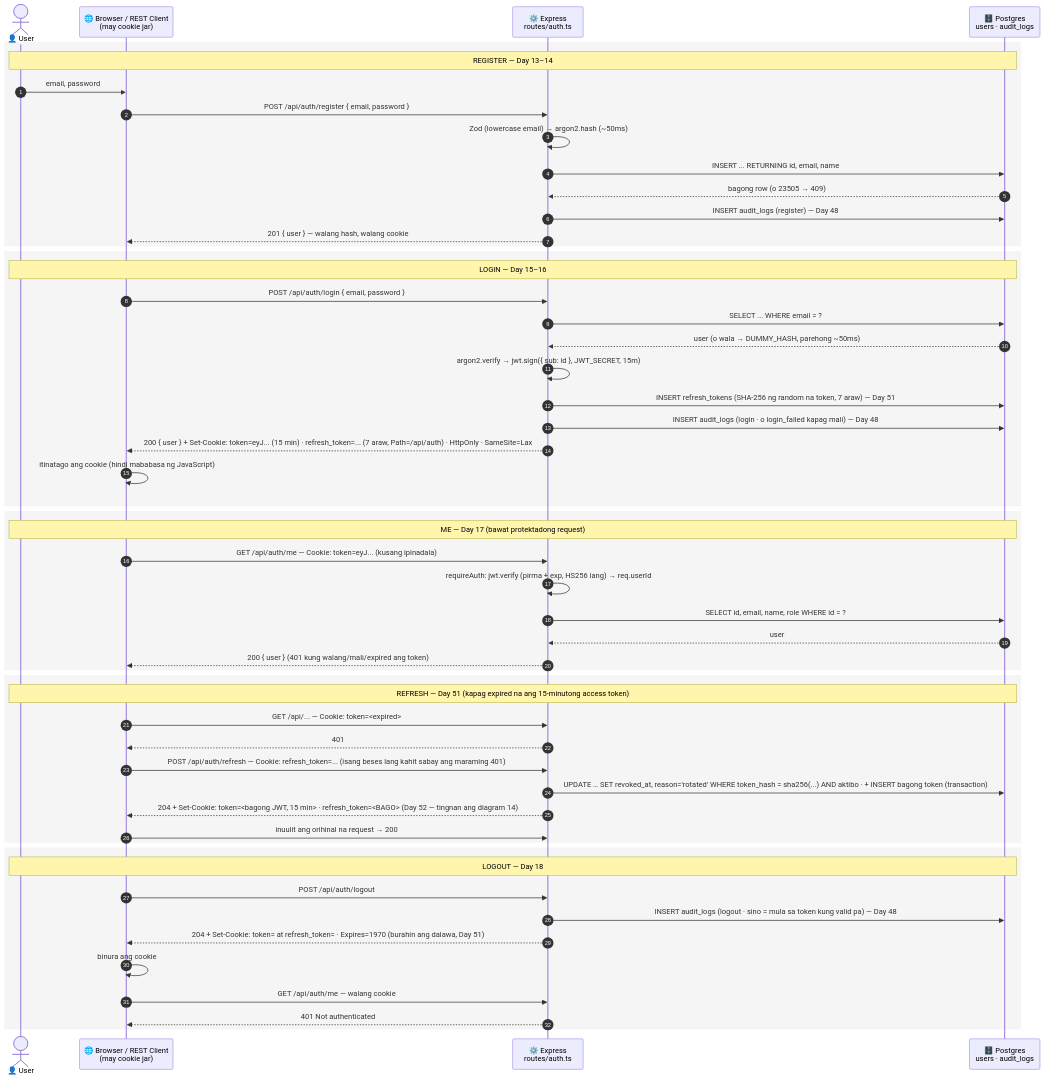
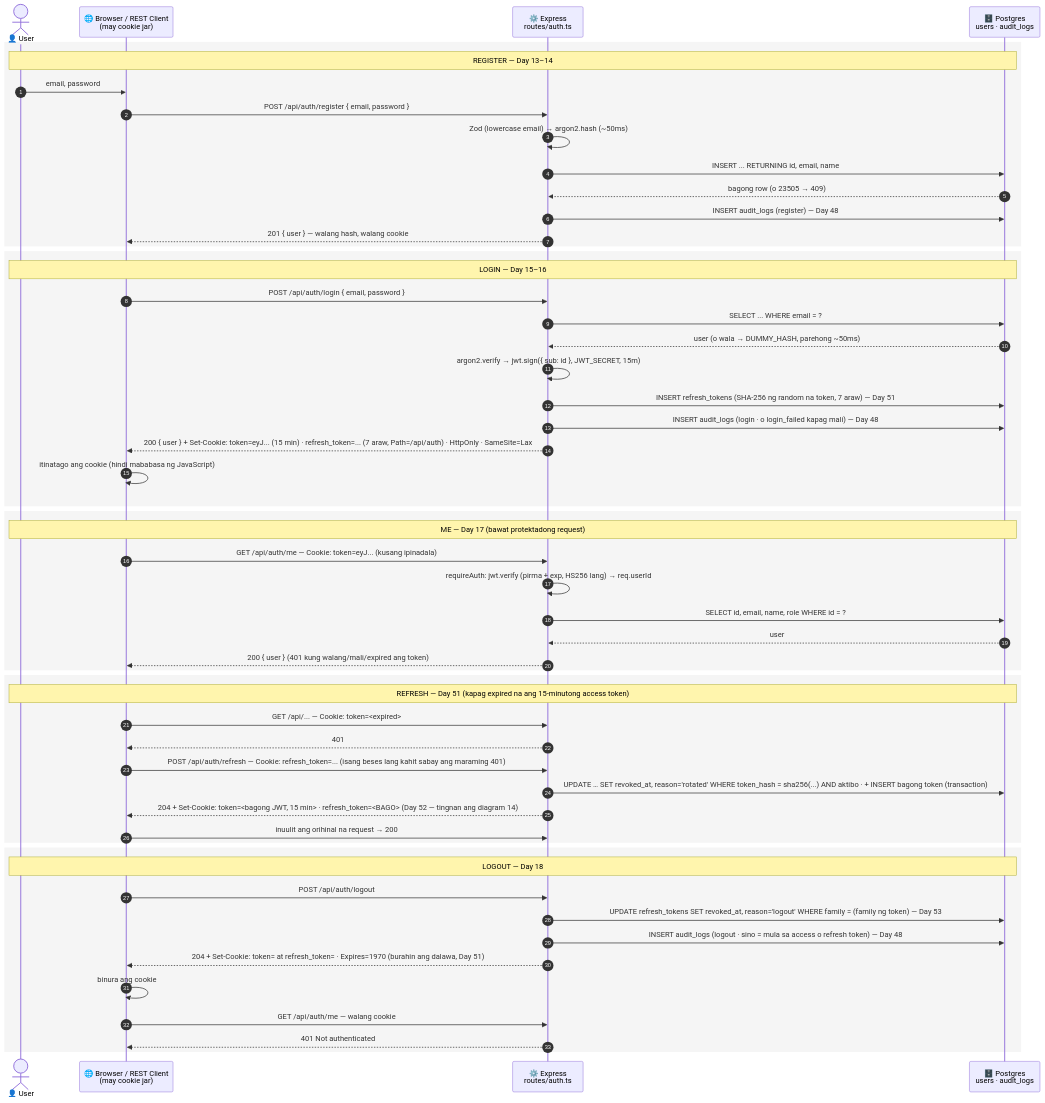
The diagram in docs/diagrams/06-auth-sequence.md (nelson1869-ai/auth-learning), drawn with Mermaid before and after one commit. The commit also changed other lines of this file and 8 other files, not shown here.

First line of the commit message:
feat: real logout — revoke the refresh token in the database (Day 53)

````diff
--- a/docs/diagrams/06-auth-sequence.md
+++ b/docs/diagrams/06-auth-sequence.md
@@ -12,60 +12,61 @@
 ```mermaid
 sequenceDiagram
     autonumber
     actor U as 👤 User
     participant B as 🌐 Browser / REST Client<br/>(may cookie jar)
     participant S as ⚙️ Express<br/>routes/auth.ts
     participant D as 🗄️ Postgres<br/>users · audit_logs
 
     rect rgba(128,128,128,0.08)
     Note over U,D: REGISTER — Day 13–14
     U->>B: email, password
     B->>S: POST /api/auth/register { email, password }
     S->>S: Zod (lowercase email) → argon2.hash (~50ms)
     S->>D: INSERT ... RETURNING id, email, name
     D-->>S: bagong row (o 23505 → 409)
     S->>D: INSERT audit_logs (register) — Day 48
     S-->>B: 201 { user } — walang hash, walang cookie
     end
 
     rect rgba(128,128,128,0.08)
     Note over U,D: LOGIN — Day 15–16
     B->>S: POST /api/auth/login { email, password }
     S->>D: SELECT ... WHERE email = ?
     D-->>S: user (o wala → DUMMY_HASH, parehong ~50ms)
     S->>S: argon2.verify → jwt.sign({ sub: id }, JWT_SECRET, 15m)
     S->>D: INSERT refresh_tokens (SHA-256 ng random na token, 7 araw) — Day 51
     S->>D: INSERT audit_logs (login · o login_failed kapag mali) — Day 48
     S-->>B: 200 { user } + Set-Cookie: token=eyJ... (15 min) · refresh_token=... (7 araw, Path=/api/auth) · HttpOnly · SameSite=Lax
     B->>B: itinatago ang cookie (hindi mababasa ng JavaScript)
     end
 
     rect rgba(128,128,128,0.08)
     Note over U,D: ME — Day 17 (bawat protektadong request)
     B->>S: GET /api/auth/me — Cookie: token=eyJ... (kusang ipinadala)
     S->>S: requireAuth: jwt.verify (pirma + exp, HS256 lang) → req.userId
     S->>D: SELECT id, email, name, role WHERE id = ?
     D-->>S: user
     S-->>B: 200 { user } (401 kung walang/mali/expired ang token)
     end
 
     rect rgba(128,128,128,0.08)
     Note over U,D: REFRESH — Day 51 (kapag expired na ang 15-minutong access token)
     B->>S: GET /api/... — Cookie: token=<expired>
     S-->>B: 401
     B->>S: POST /api/auth/refresh — Cookie: refresh_token=... (isang beses lang kahit sabay ang maraming 401)
     S->>D: UPDATE … SET revoked_at, reason='rotated' WHERE token_hash = sha256(...) AND aktibo · + INSERT bagong token (transaction)
     S-->>B: 204 + Set-Cookie: token=<bagong JWT, 15 min> · refresh_token=<BAGO> (Day 52 — tingnan ang diagram 14)
     B->>S: inuulit ang orihinal na request → 200
     end
 
     rect rgba(128,128,128,0.08)
     Note over U,D: LOGOUT — Day 18
     B->>S: POST /api/auth/logout
-    S->>D: INSERT audit_logs (logout · sino = mula sa token kung valid pa) — Day 48
+    S->>D: UPDATE refresh_tokens SET revoked_at, reason='logout' WHERE family = (family ng token) — Day 53
+    S->>D: INSERT audit_logs (logout · sino = mula sa access o refresh token) — Day 48
     S-->>B: 204 + Set-Cookie: token= at refresh_token= · Expires=1970 (burahin ang dalawa, Day 51)
     B->>B: binura ang cookie
     B->>S: GET /api/auth/me — walang cookie
     S-->>B: 401 Not authenticated
     end
 ```
````
